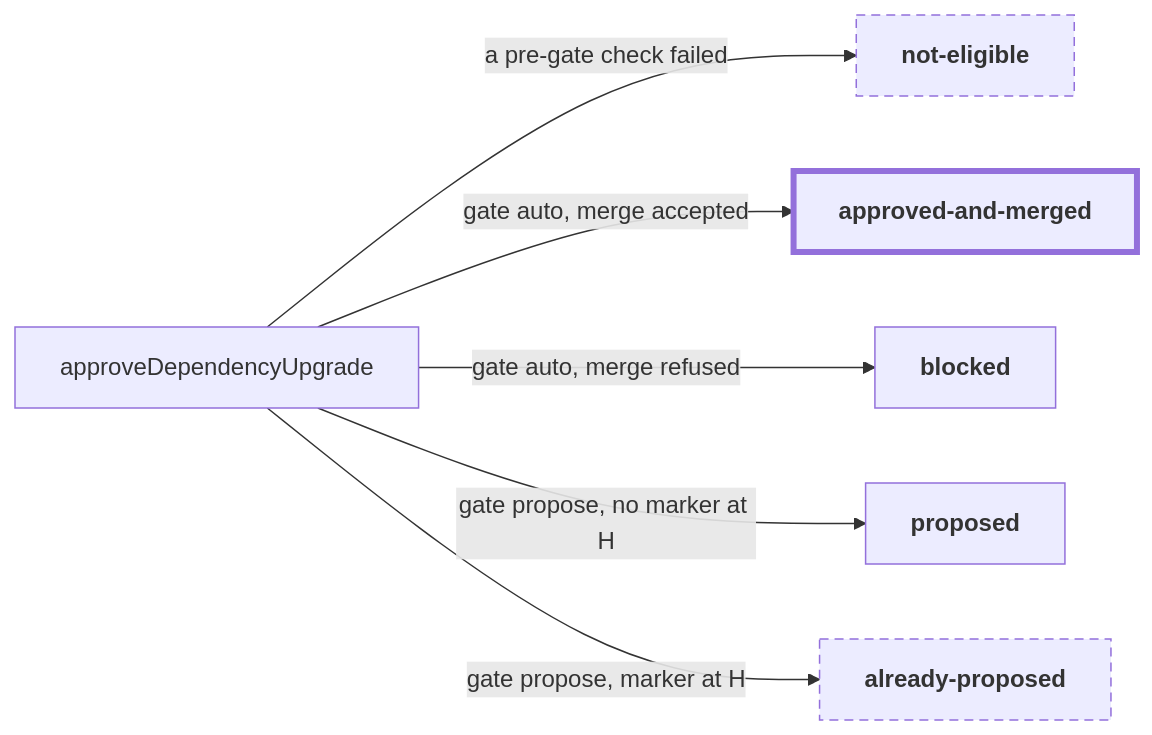
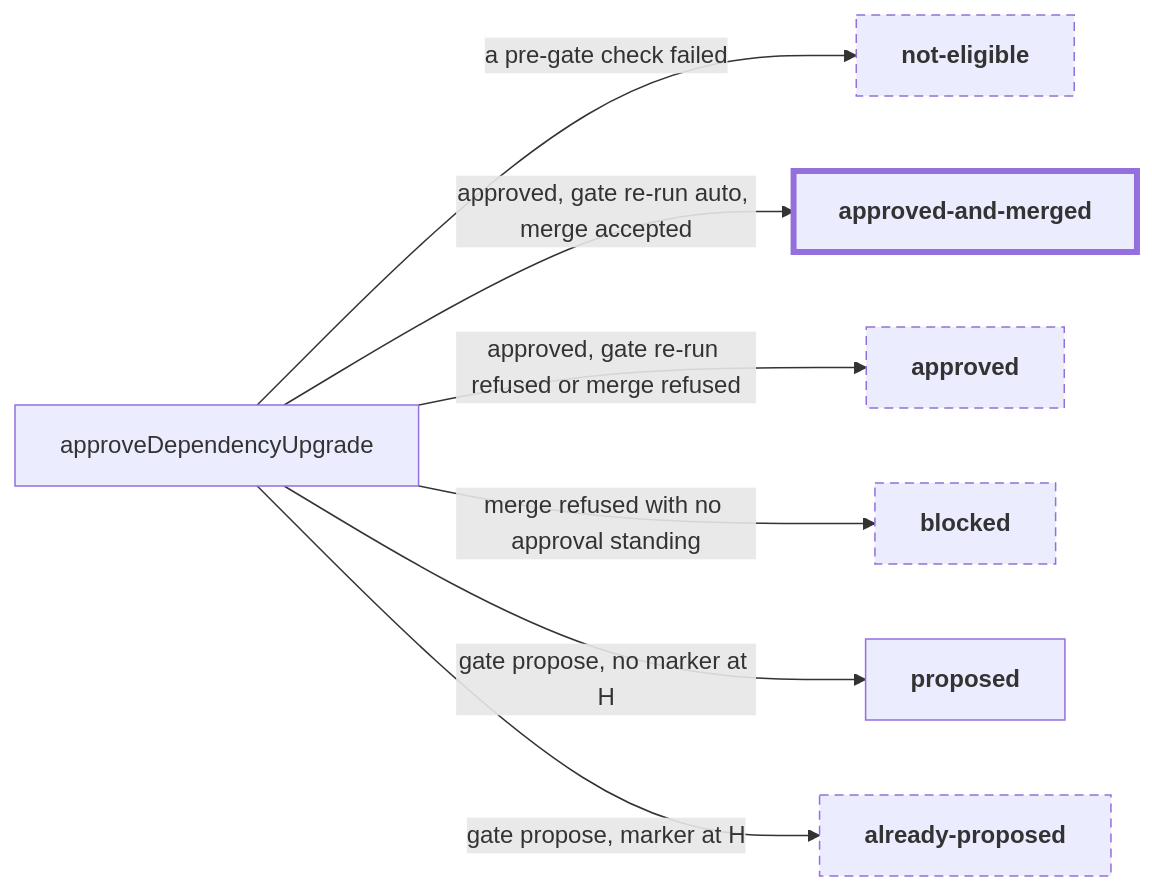
One commit to input-output-hk/agent-peer-review changed the sixth of 11 diagrams in docs/how-it-works.md. Above: the diagram before and after it, drawn with Mermaid. The commit also changed other lines of this file and 21 other files, not shown here.

````diff
--- a/docs/how-it-works.md
+++ b/docs/how-it-works.md
@@ -318,14 +317,15 @@
 ```mermaid
 flowchart LR
   A0["approveDependencyUpgrade"]
   A0 -->|"a pre-gate check failed"| A1["<b>not-eligible</b>"]
-  A0 -->|"gate auto, merge accepted"| A2["<b>approved-and-merged</b>"]
-  A0 -->|"gate auto, merge refused"| A3["<b>blocked</b>"]
+  A0 -->|"approved, gate re-run auto, merge accepted"| A2["<b>approved-and-merged</b>"]
+  A0 -->|"approved, gate re-run refused or merge refused"| A3["<b>approved</b>"]
+  A0 -->|"merge refused with no approval standing"| A6["<b>blocked</b>"]
   A0 -->|"gate propose, no marker at H"| A4["<b>proposed</b>"]
   A0 -->|"gate propose, marker at H"| A5["<b>already-proposed</b>"]
 
   class A2 terminal
-  class A1,A5 pending
+  class A1,A3,A5,A6 pending
   classDef terminal stroke-width:4px
   classDef pending stroke-dasharray: 6 4
 ```
````
